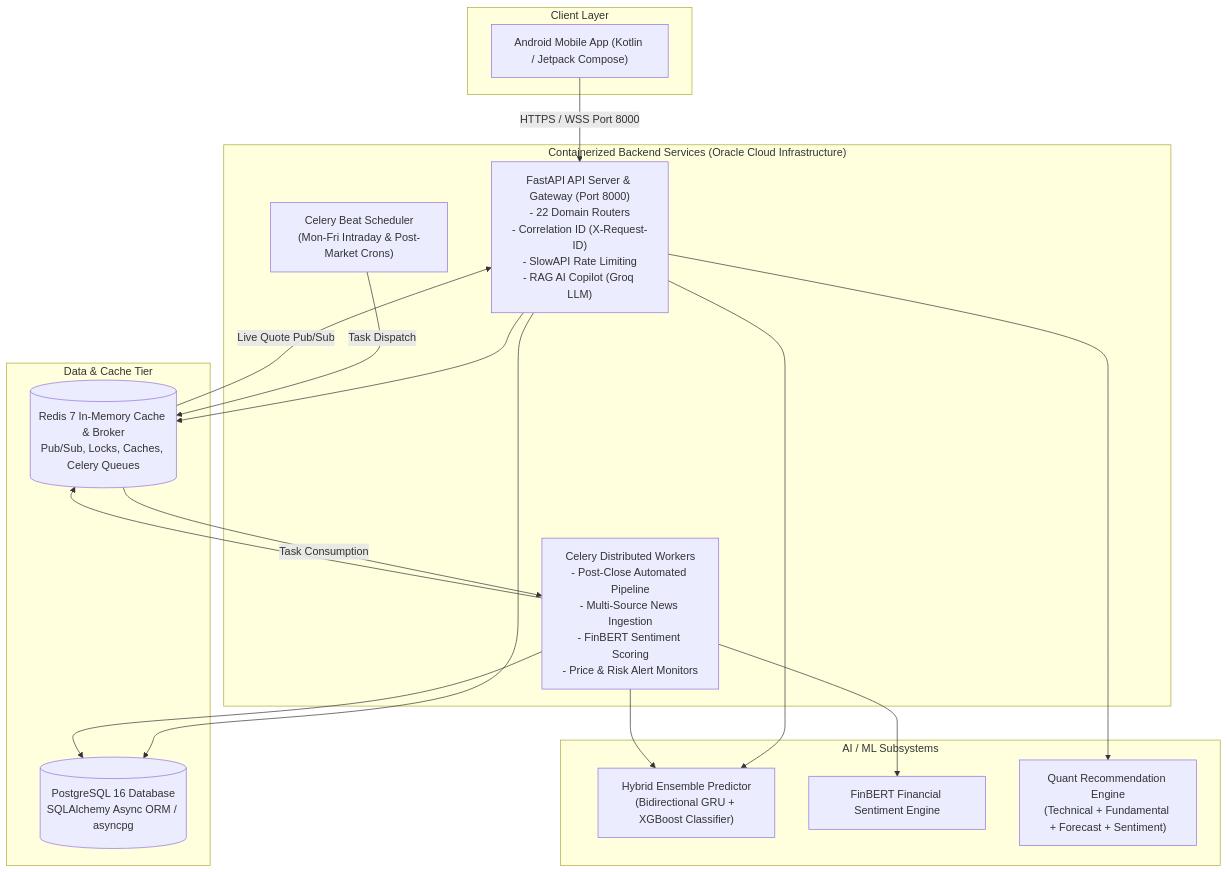
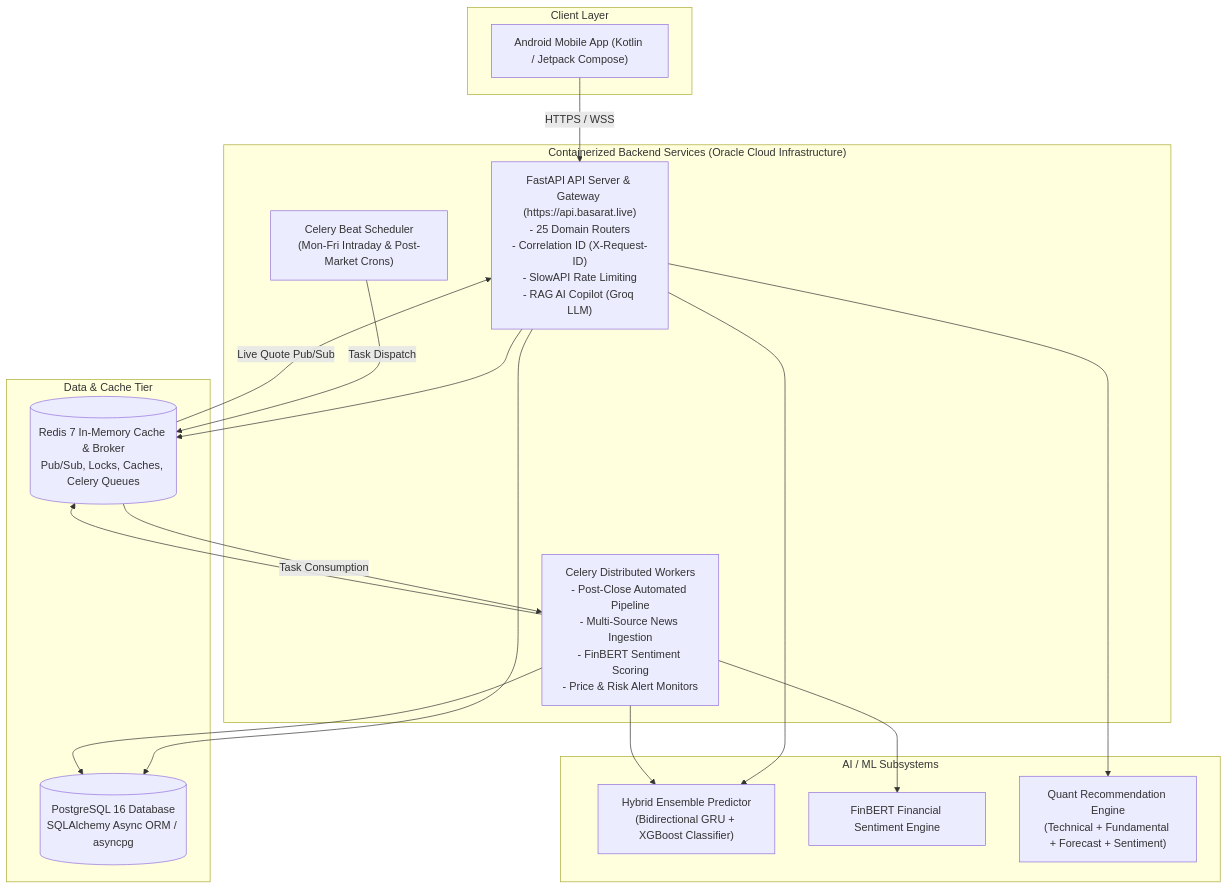
One commit to iahmedd-k/Basarat-fyp-official changed the diagram in docs/README.md. Above: the diagram before and after it, drawn with Mermaid. The commit also changed 333 other files, not shown here.

````diff
--- a/docs/README.md
+++ b/docs/README.md
@@ -9,36 +9,36 @@
 ```mermaid
 flowchart TD
     subgraph ClientLayer ["Client Layer"]
         ANDROID["Android Mobile App (Kotlin / Jetpack Compose)"]
     end
 
     subgraph ServiceFleet ["Containerized Backend Services (Oracle Cloud Infrastructure)"]
-        FASTAPI["FastAPI API Server & Gateway (Port 8000)<br/>- 22 Domain Routers<br/>- Correlation ID (X-Request-ID)<br/>- SlowAPI Rate Limiting<br/>- RAG AI Copilot (Groq LLM)"]
+        FASTAPI["FastAPI API Server & Gateway (https://api.basarat.live)<br/>- 25 Domain Routers<br/>- Correlation ID (X-Request-ID)<br/>- SlowAPI Rate Limiting<br/>- RAG AI Copilot (Groq LLM)"]
         CELERY_W["Celery Distributed Workers<br/>- Post-Close Automated Pipeline<br/>- Multi-Source News Ingestion<br/>- FinBERT Sentiment Scoring<br/>- Price & Risk Alert Monitors"]
         CELERY_B["Celery Beat Scheduler<br/>(Mon-Fri Intraday & Post-Market Crons)"]
     end
 
     subgraph MLSubsystem ["AI / ML Subsystems"]
         GRU_XGB["Hybrid Ensemble Predictor<br/>(Bidirectional GRU + XGBoost Classifier)"]
         FINBERT["FinBERT Financial Sentiment Engine"]
         QUANT["Quant Recommendation Engine<br/>(Technical + Fundamental + Forecast + Sentiment)"]
     end
 
     subgraph PersistenceTier ["Data & Cache Tier"]
         POSTGRES[("PostgreSQL 16 Database<br/>SQLAlchemy Async ORM / asyncpg")]
         REDIS[("Redis 7 In-Memory Cache & Broker<br/>Pub/Sub, Locks, Caches, Celery Queues")]
     end
 
-    ANDROID -->|HTTPS / WSS Port 8000| FASTAPI
+    ANDROID -->|HTTPS / WSS| FASTAPI
     FASTAPI --> GRU_XGB
     FASTAPI --> QUANT
     FASTAPI --> POSTGRES
     FASTAPI --> REDIS
     CELERY_B -->|Task Dispatch| REDIS
     REDIS -->|Task Consumption| CELERY_W
     CELERY_W --> GRU_XGB
     CELERY_W --> FINBERT
     CELERY_W --> POSTGRES
     CELERY_W --> REDIS
     REDIS -->|Live Quote Pub/Sub| FASTAPI
 ```
````
